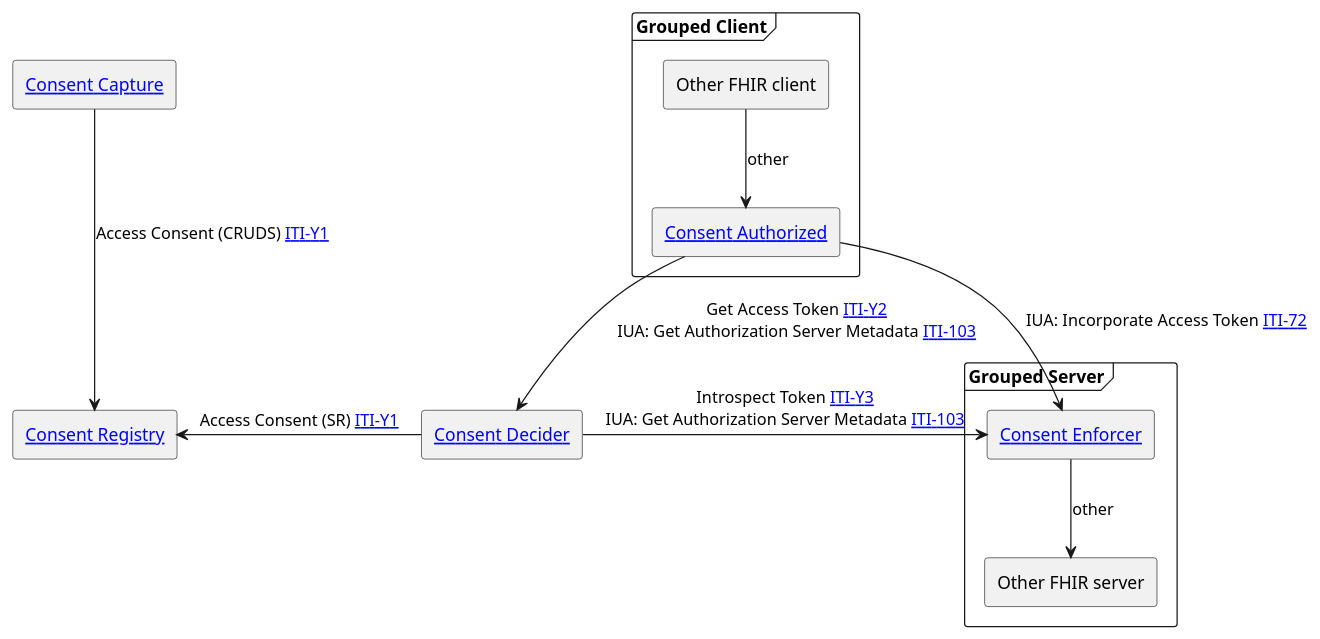
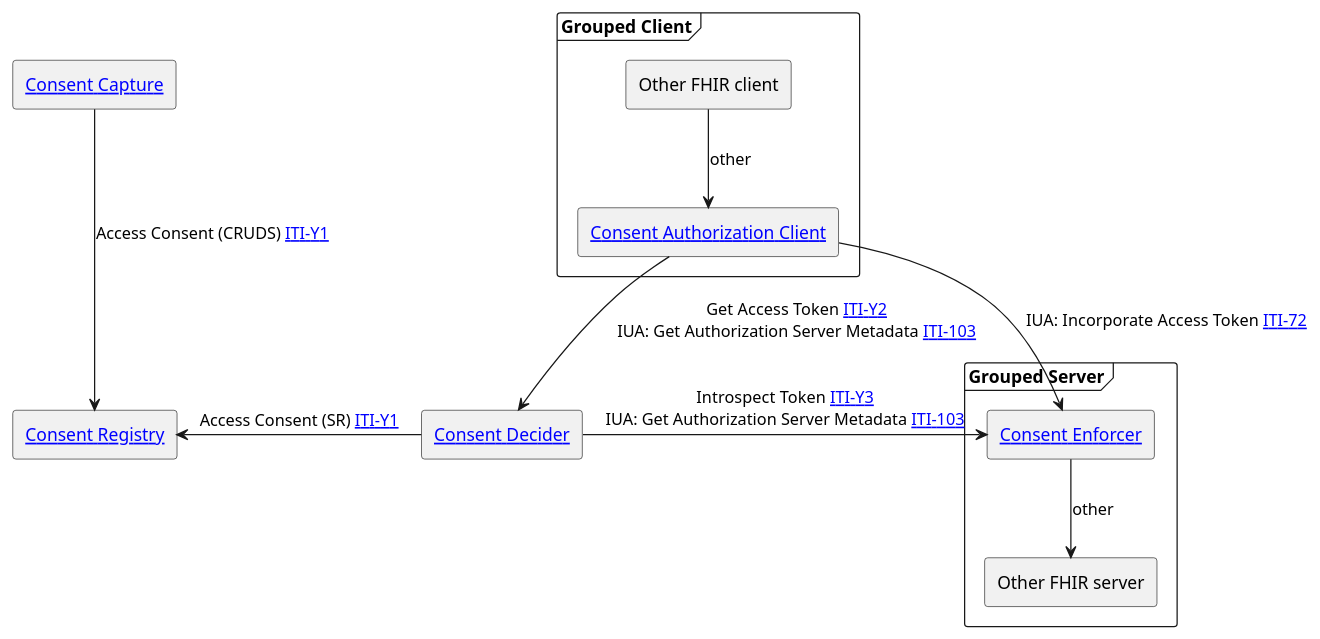
One commit to IHE/ITI.PCF changed the diagram in input/images-source/ActorsAndTransactions.plantuml. Above: the diagram before and after it, drawn with PlantUML. The commit also changed 1 other file, not shown here.

```diff
--- a/input/images-source/ActorsAndTransactions.plantuml
+++ b/input/images-source/ActorsAndTransactions.plantuml
@@ -1,23 +1,23 @@
 @startuml
 agent "[[#consentcapture Consent Capture]]" as capture
 agent "[[#consentregistry Consent Registry]]" as registry
 capture -down--> registry : "Access Consent (CRUDS) [[ITI-Y1.html ITI-Y1]]"
 
 frame "Grouped Client" {
 agent "Other FHIR client" as otherClient
-agent "[[#consentclient Consent Authorized]]" as client 
+agent "[[#consentclient Consent Authorization Client]]" as client 
 }
 agent "[[#consentdecider Consent Decider]]" as decider
 frame "Grouped Server" {
 agent "[[#consentenforce Consent Enforcer]]" as enforcer
 agent "Other FHIR server" as otherServer
 }
 
 otherClient -down-> client: "other"
 client -down-> decider : "Get Access Token [[ITI-Y2.html ITI-Y2]]\nIUA: Get Authorization Server Metadata [[https://profiles.ihe.net/ITI/IUA/index.html#3103-get-authorization-server-metadata-iti-103 ITI-103]]"
 
 decider -left-> registry: "Access Consent (SR) [[ITI-Y1.html ITI-Y1]]"
 client -down-> enforcer : "IUA: Incorporate Access Token [[https://profiles.ihe.net/ITI/IUA/index.html#372-incorporate-access-token-iti-72 ITI-72]]"
 decider -right-> enforcer : "Introspect Token [[ITI-Y3.html ITI-Y3]]\nIUA: Get Authorization Server Metadata [[https://profiles.ihe.net/ITI/IUA/index.html#3103-get-authorization-server-metadata-iti-103 ITI-103]]"
 enforcer -down-> otherServer : "other"
 @enduml
```
